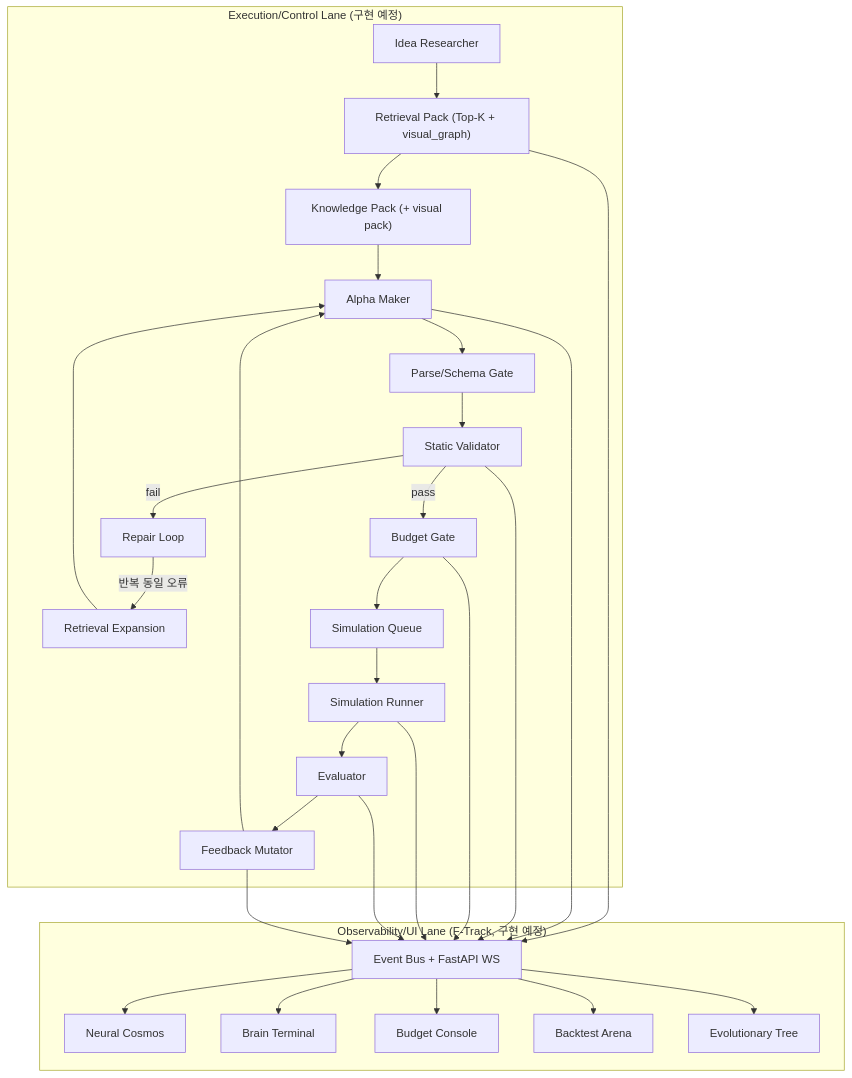
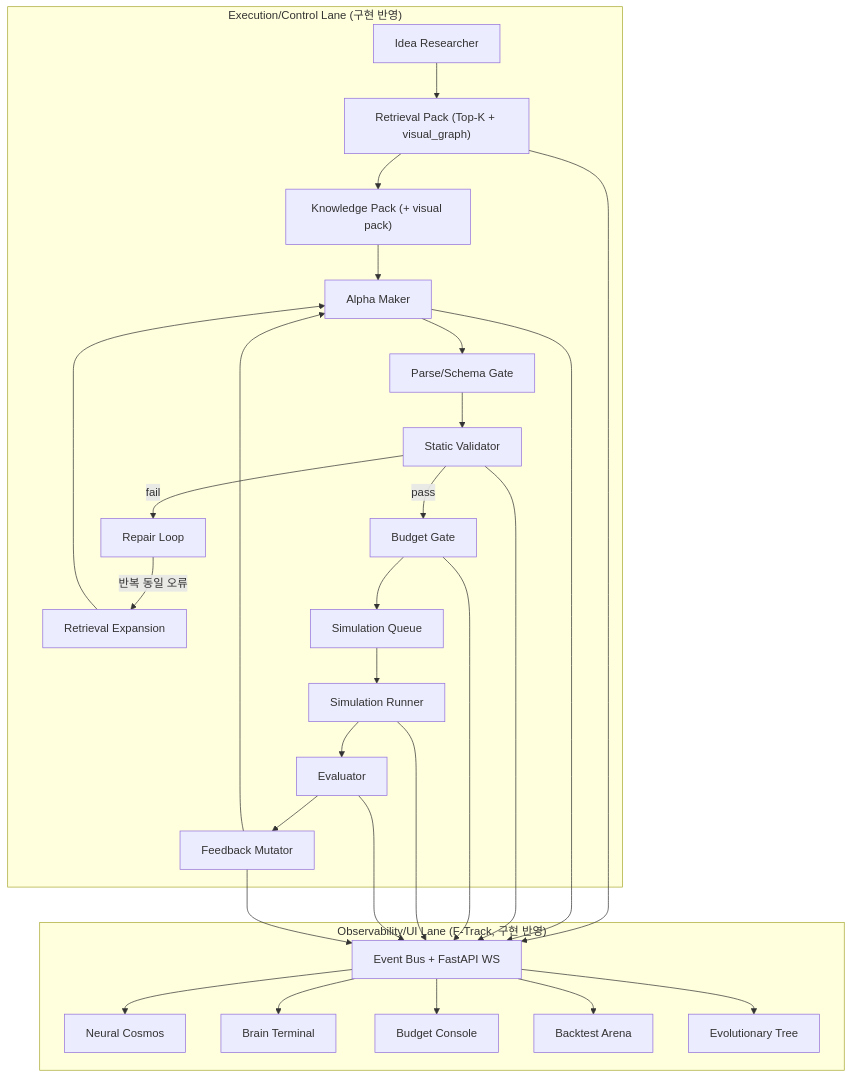
Before and after one commit to ksw6895/Brain_alpha_generator: the second of 2 diagrams in architecture/current-workflow-map.md, drawn with Mermaid. The commit also changed other lines of this file and 18 other files, not shown here.

````diff
--- a/architecture/current-workflow-map.md
+++ b/architecture/current-workflow-map.md
@@ -76,35 +76,35 @@
 ```mermaid
 flowchart TD
-  subgraph PLAN_EXEC["Execution/Control Lane (구현 예정)"]
+  subgraph PLAN_EXEC["Execution/Control Lane (구현 반영)"]
     IDEA["Idea Researcher"] --> RPACK["Retrieval Pack (Top-K + visual_graph)"]
     RPACK --> KPACK["Knowledge Pack (+ visual pack)"]
     KPACK --> AMAKE["Alpha Maker"]
     AMAKE --> PARSE["Parse/Schema Gate"]
     PARSE --> V["Static Validator"]
     V -->|fail| REPAIR["Repair Loop"]
     REPAIR -->|반복 동일 오류| REXP["Retrieval Expansion"]
     REXP --> AMAKE
     V -->|pass| BUDGET["Budget Gate"]
     BUDGET --> SQ["Simulation Queue"]
     SQ --> SRUN["Simulation Runner"]
     SRUN --> EV["Evaluator"]
     EV --> MUT["Feedback Mutator"]
     MUT --> AMAKE
   end
 
-  subgraph PLAN_OBS["Observability/UI Lane (F-Track, 구현 예정)"]
+  subgraph PLAN_OBS["Observability/UI Lane (F-Track, 구현 반영)"]
     HUB["Event Bus + FastAPI WS"] --> NC["Neural Cosmos"]
     HUB --> BT["Brain Terminal"]
     HUB --> BC["Budget Console"]
     HUB --> AR["Backtest Arena"]
     HUB --> ET["Evolutionary Tree"]
   end
 
   RPACK --> HUB
   AMAKE --> HUB
   V --> HUB
   BUDGET --> HUB
   SRUN --> HUB
   EV --> HUB
   MUT --> HUB
 ```
````
